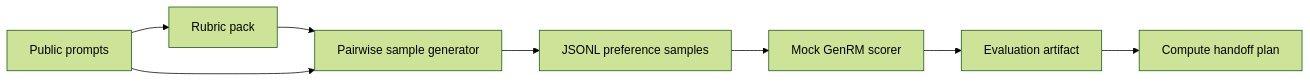
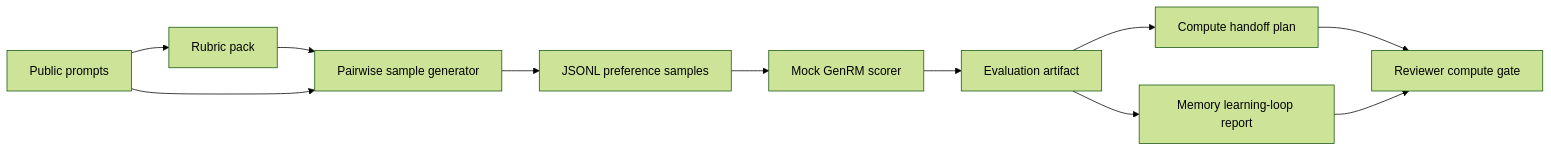
The first of 2 diagrams in README.md (eldwin-easynet-world/writing-zero-first-pass), drawn with Mermaid (forest theme) before and after one commit. The commit also changed other lines of this file and 9 other files, not shown here.

Commit message:
Add memory learning loop artifact

````diff
--- a/README.md
+++ b/README.md
@@ -21,10 +22,13 @@
 ```mermaid
 flowchart LR
     A[Public prompts] --> B[Rubric pack]
     B --> C[Pairwise sample generator]
     A --> C
     C --> D[JSONL preference samples]
     D --> E[Mock GenRM scorer]
     E --> F[Evaluation artifact]
     F --> G[Compute handoff plan]
+    F --> H[Memory learning-loop report]
+    G --> I[Reviewer compute gate]
+    H --> I
 ```
````
